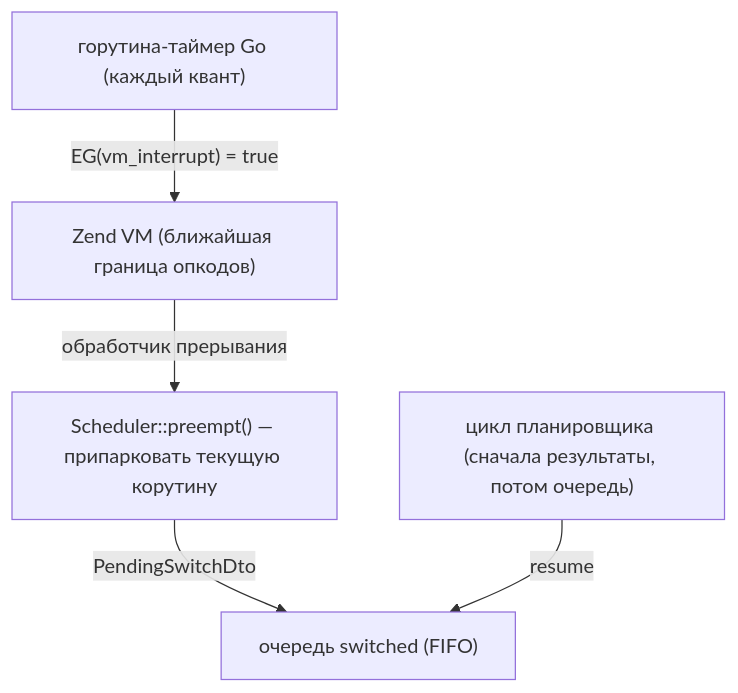
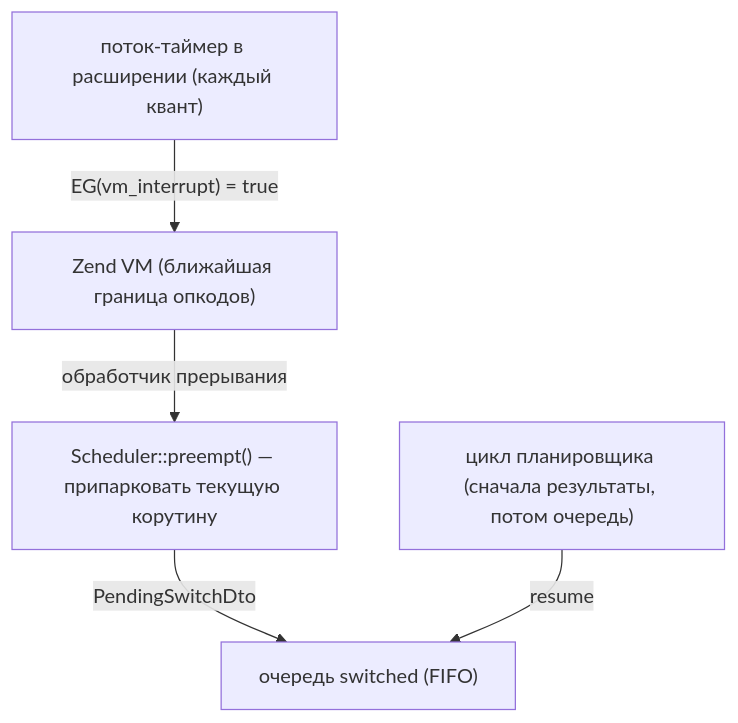
The diagram in docs/coroutine-switching.ru.md (sprust/sconcur), drawn with Mermaid before and after one commit. The commit also changed other lines of this file and 46 other files, not shown here.

````diff
--- a/docs/coroutine-switching.ru.md
+++ b/docs/coroutine-switching.ru.md
@@ -79,7 +79,7 @@
 ```mermaid
 flowchart TB
-    Timer["горутина-таймер Go (каждый квант)"] -->|"EG(vm_interrupt) = true"| Engine["Zend VM (ближайшая граница опкодов)"]
+    Timer["поток-таймер в расширении (каждый квант)"] -->|"EG(vm_interrupt) = true"| Engine["Zend VM (ближайшая граница опкодов)"]
     Engine -->|"обработчик прерывания"| Preempt["Scheduler::preempt() — припарковать текущую корутину"]
     Preempt -->|"PendingSwitchDto"| Queue["очередь switched (FIFO)"]
     Scheduler["цикл планировщика (сначала результаты, потом очередь)"] -->|"resume"| Queue
 ```
````
